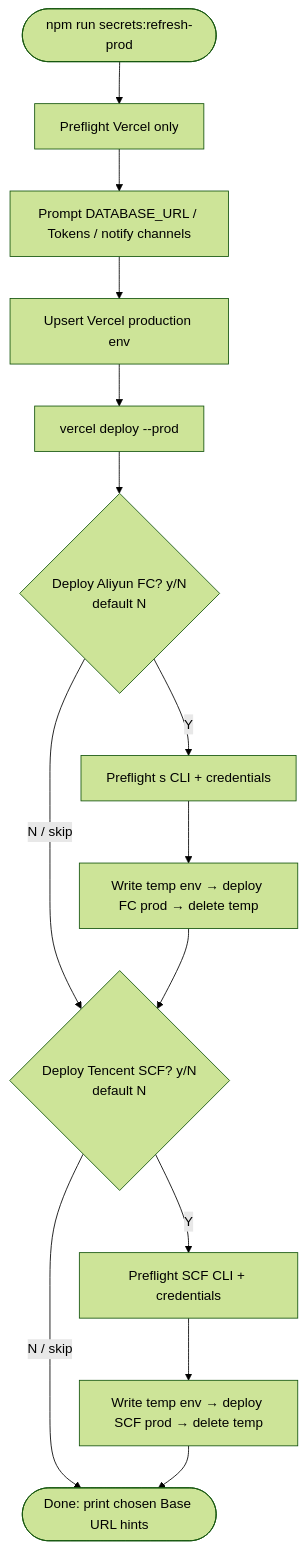
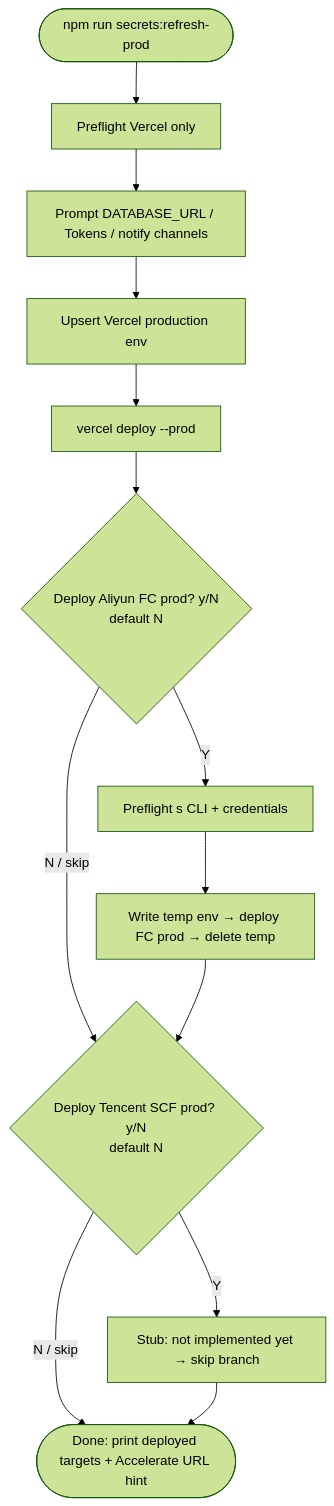
Before and after one commit to madokast/DigitalTwin2026: the second of 2 diagrams in docs/20260802-faas-multi-cloud.md, drawn with Mermaid (forest theme). The commit also changed other lines of this file and 5 other files, not shown here.

First line of the commit message:
Make refresh-prod optional for Aliyun FC and Tencent SCF.

````diff
--- a/docs/20260802-faas-multi-cloud.md
+++ b/docs/20260802-faas-multi-cloud.md
@@ -147,16 +148,15 @@
 ```mermaid
 flowchart TD
   Start([npm run secrets:refresh-prod]) --> VPre[Preflight Vercel only]
   VPre --> Secrets[Prompt DATABASE_URL / Tokens / notify channels]
   Secrets --> VUp[Upsert Vercel production env]
   VUp --> VDep[vercel deploy --prod]
-  VDep --> AskFC{Deploy Aliyun FC? y/N<br/>default N}
+  VDep --> AskFC{Deploy Aliyun FC prod? y/N<br/>default N}
   AskFC -->|N / skip| AskSCF
   AskFC -->|Y| FcPre[Preflight s CLI + credentials]
   FcPre --> FcDep[Write temp env → deploy FC prod → delete temp]
-  FcDep --> AskSCF{Deploy Tencent SCF? y/N<br/>default N}
+  FcDep --> AskSCF{Deploy Tencent SCF prod? y/N<br/>default N}
   AskSCF -->|N / skip| Done
-  AskSCF -->|Y| ScfPre[Preflight SCF CLI + credentials]
-  ScfPre --> ScfDep[Write temp env → deploy SCF prod → delete temp]
-  ScfDep --> Done([Done: print chosen Base URL hints])
+  AskSCF -->|Y| ScfStub[Stub: not implemented yet → skip branch]
+  ScfStub --> Done([Done: print deployed targets + Accelerate URL hint])
 ```
````
